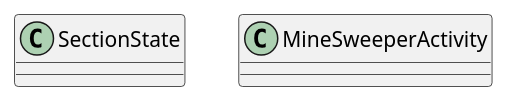
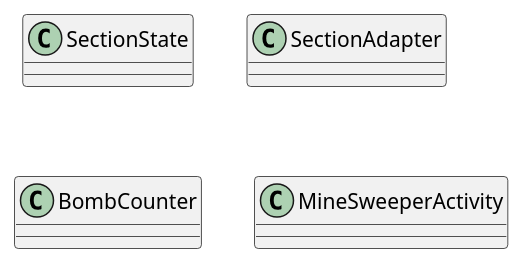
Before and after one commit to m-m-aeda/superCoolMineSweeper: the diagram in Document/Diagram/クラス図.pu, drawn with PlantUML.

Commit message:
ちょっと更新。

```diff
--- a/Document/Diagram/クラス図.pu
+++ b/Document/Diagram/クラス図.pu
@@ -1,9 +1,12 @@
 @startuml
 class SectionState {
-
+}
+class SectionAdapter {
+}
+class BombCounter {
 }
 class MineSweeperActivity {
-
 }
 
+
 @enduml
```
